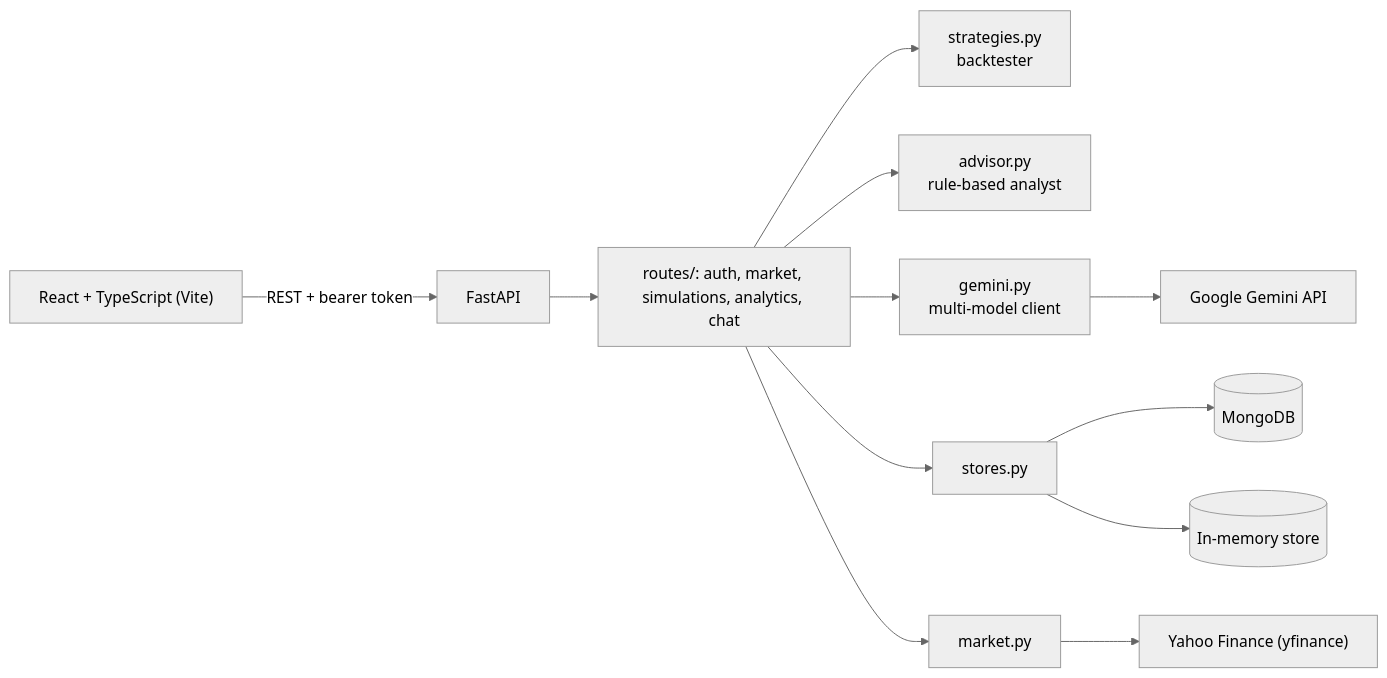
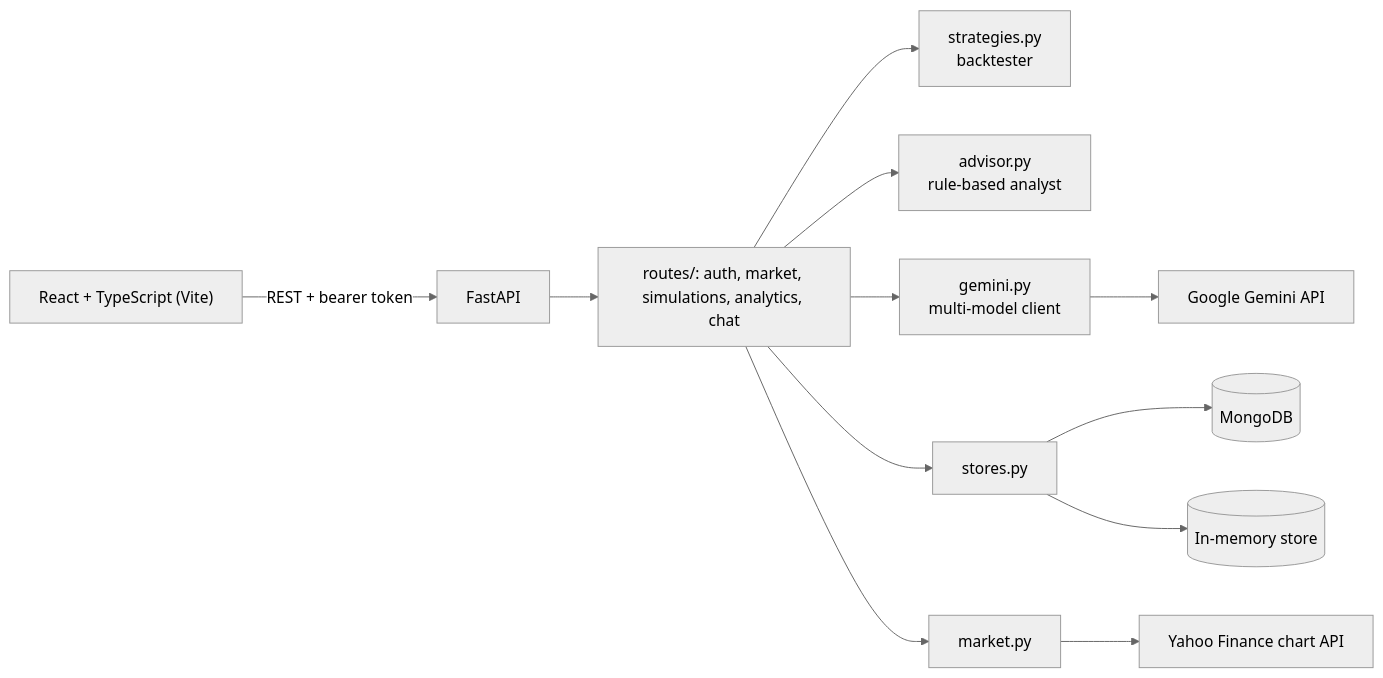
Before and after one commit to varun-sharma-2006/AlgoTrade: the diagram in README.md, drawn with Mermaid (neutral theme). The commit also changed other lines of this file and 2 other files, not shown here.

````diff
--- a/README.md
+++ b/README.md
@@ -44,13 +44,13 @@
 ```mermaid
 flowchart LR
     UI["React + TypeScript (Vite)"] -->|REST + bearer token| API["FastAPI"]
     API --> Routes["routes/: auth, market, simulations, analytics, chat"]
     Routes --> Strategies["strategies.py<br/>backtester"]
     Routes --> Advisor["advisor.py<br/>rule-based analyst"]
     Routes --> Gemini["gemini.py<br/>multi-model client"]
     Routes --> Stores["stores.py"]
     Stores --> Mongo[("MongoDB")]
     Stores --> Memory[("In-memory store")]
-    Routes --> Market["market.py"] --> Yahoo["Yahoo Finance (yfinance)"]
+    Routes --> Market["market.py"] --> Yahoo["Yahoo Finance chart API"]
     Gemini --> GoogleAI["Google Gemini API"]
 ```
````
